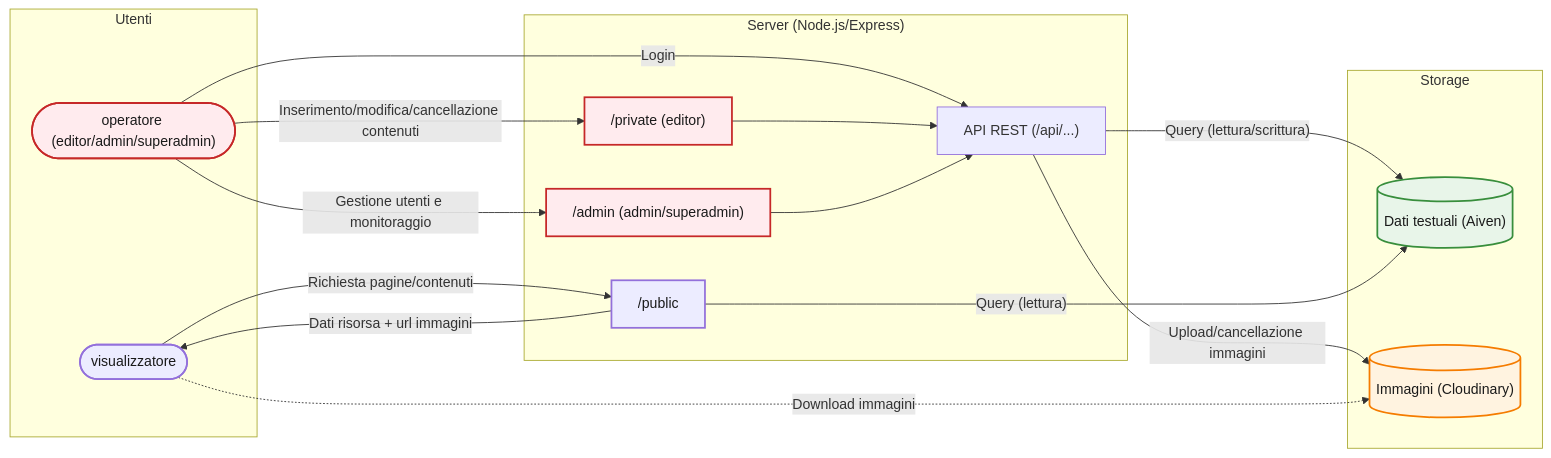
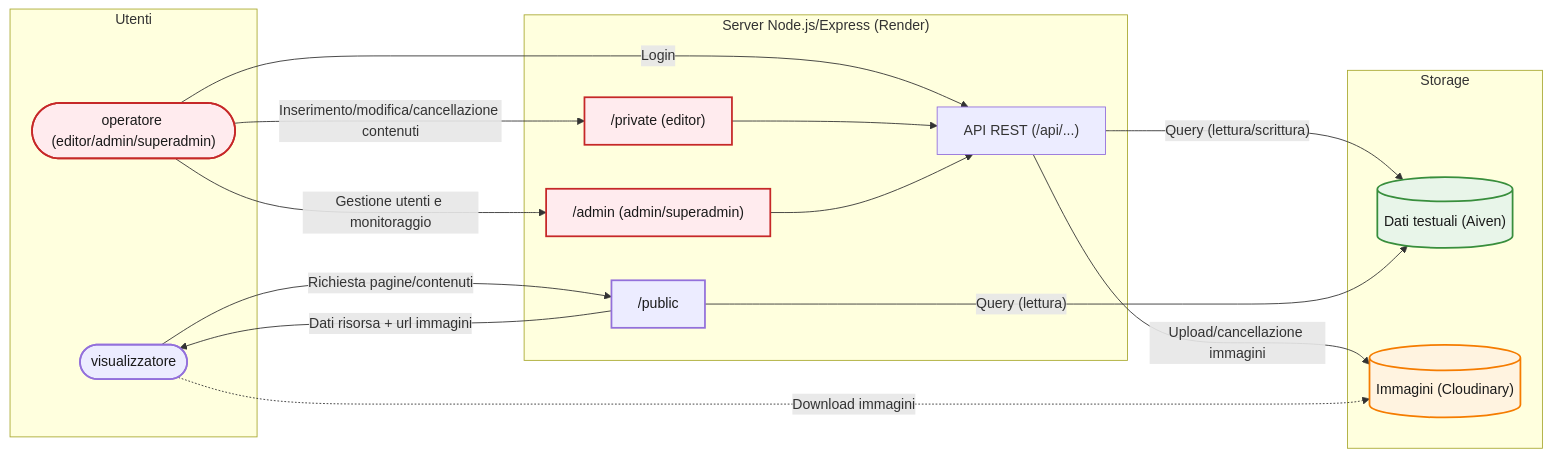
Before and after one commit to FrancescoMoretti/archivio-musicale: the diagram in README.md, drawn with Mermaid. The commit also changed other lines of this file and 1 other file, not shown here.

````diff
--- a/README.md
+++ b/README.md
@@ -43,44 +42,44 @@
 ```mermaid
 flowchart LR
 
     subgraph "Utenti"
         Viewer(["visualizzatore"])
         Admin(["operatore (editor/admin/superadmin)"])
     end
 
-    subgraph "Server (Node.js/Express)"
+    subgraph "Server Node.js/Express (Render)"
         S_public["/public"]
         S_private["/private (editor)"]
         S_admin["/admin (admin/superadmin)"]
         API["API REST (/api/...)"]
     end
 
     subgraph "Storage"
         Aiven[("Dati testuali (Aiven)")]
         Cloudinary[("Immagini (Cloudinary)")]
     end
 
     Viewer -- "Richiesta pagine/contenuti" --> S_public
     Admin -- "Login" --> API
     Admin -- "Inserimento/modifica/cancellazione contenuti" --> S_private
     Admin -- "Gestione utenti e monitoraggio" --> S_admin
     S_private --> API
     S_admin --> API
     API -- "Query (lettura/scrittura)" --> Aiven
     API -- "Upload/cancellazione immagini" --> Cloudinary
     S_public -- "Query (lettura)" --> Aiven
     S_public -- "Dati risorsa + url immagini" --> Viewer
     Viewer -. "Download immagini" .-> Cloudinary
 
     classDef viewer fill:#ececff,stroke:#9370db,stroke-width:2px, color:#1a1a1a;
     classDef admin fill:#ffebee,stroke:#c62828,stroke-width:2px, color:#1a1a1a;
     classDef cloud fill:#fff3e0,stroke:#f57c00,stroke-width:2px, color:#1a1a1a;
     classDef db fill:#e8f5e9,stroke:#388e3c,stroke-width:2px, color:#1a1a1a;
 
     class Viewer viewer;
     class Admin admin;
     class S_admin,S_private admin;
     class S_public viewer;
     class Cloudinary cloud;
     class Aiven db;
 ```
````
